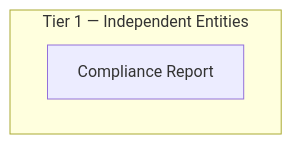
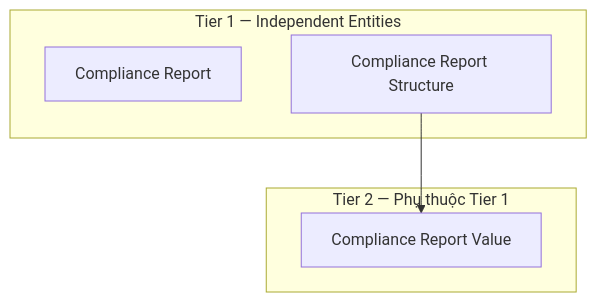
Before and after one commit to linhlvit/ubck_atomic_design: the diagram in DataModel/working/Atomic/hld/TMS_HLD_Overview.md, drawn with Mermaid. The commit also changed other lines of this file and 21 other files, not shown here.

````diff
--- a/DataModel/working/Atomic/hld/TMS_HLD_Overview.md
+++ b/DataModel/working/Atomic/hld/TMS_HLD_Overview.md
@@ -25,6 +29,11 @@
 ```mermaid
 graph TD
     subgraph T1["Tier 1 — Independent Entities"]
         CR["Compliance Report"]
+        CRS["Compliance Report Structure"]
     end
+    subgraph T2["Tier 2 — Phụ thuộc Tier 1"]
+        CRV["Compliance Report Value"]
+    end
+    CRS --> CRV
 ```
````
